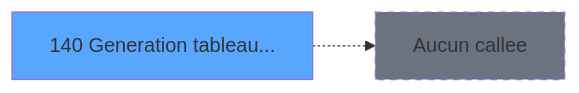
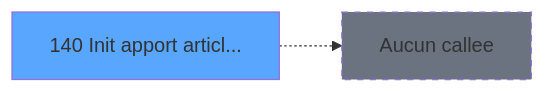
The third of 3 diagrams in .openspec/specs/ADH-IDE-140.md (thonyAGP/lecteur-magic), drawn with Mermaid before and after one commit. The commit also changed other lines of this file and 493 other files, not shown here.

````diff
--- a/.openspec/specs/ADH-IDE-140.md
+++ b/.openspec/specs/ADH-IDE-140.md
@@ -305,8 +184,8 @@
 ```mermaid
 graph LR
-    T140[140 Generation tableau...]
+    T140[140 Init apport articl...]
     style T140 fill:#58a6ff
     NONE[Aucun callee]
     T140 -.-> NONE
     style NONE fill:#6b7280,stroke-dasharray: 5 5
 ```
````
